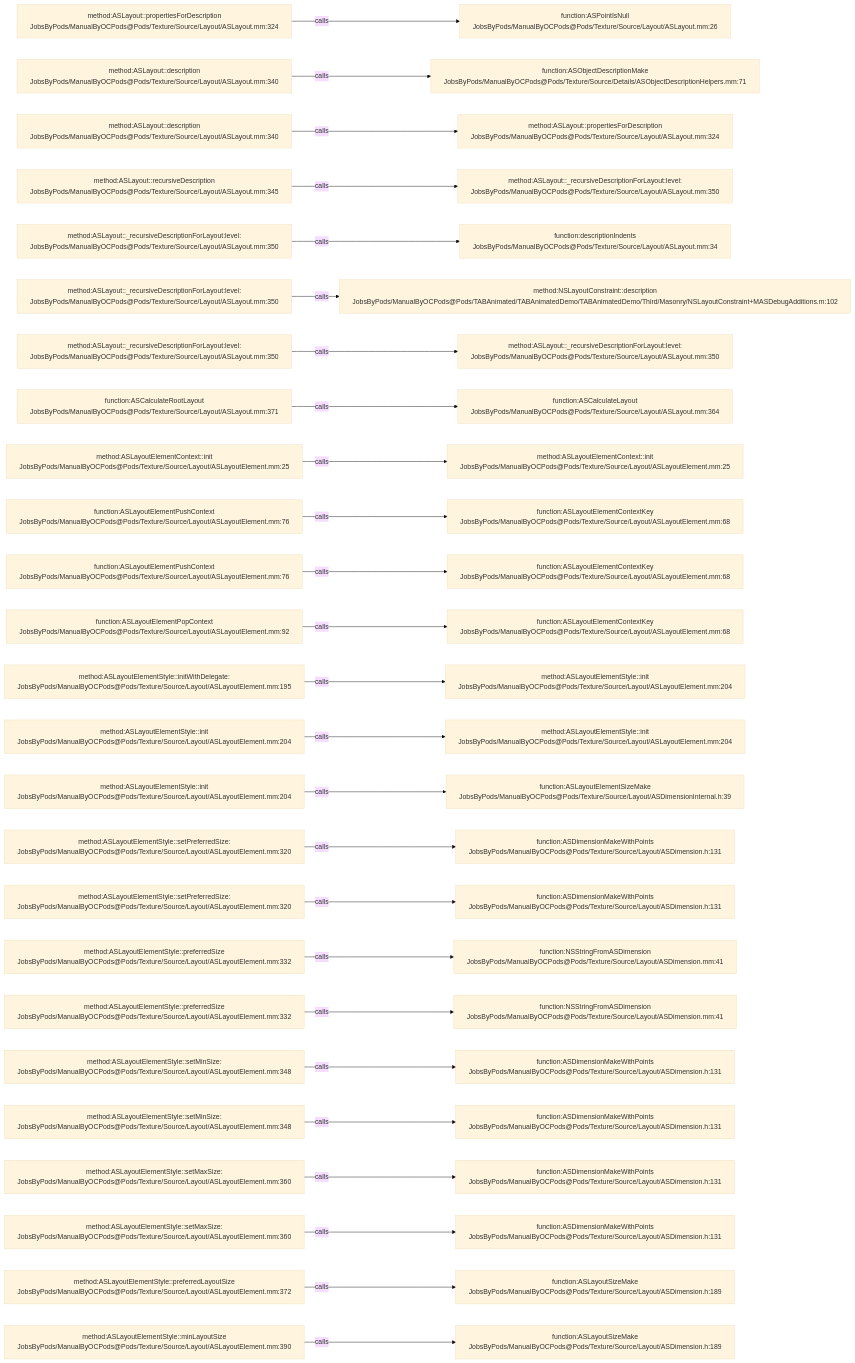
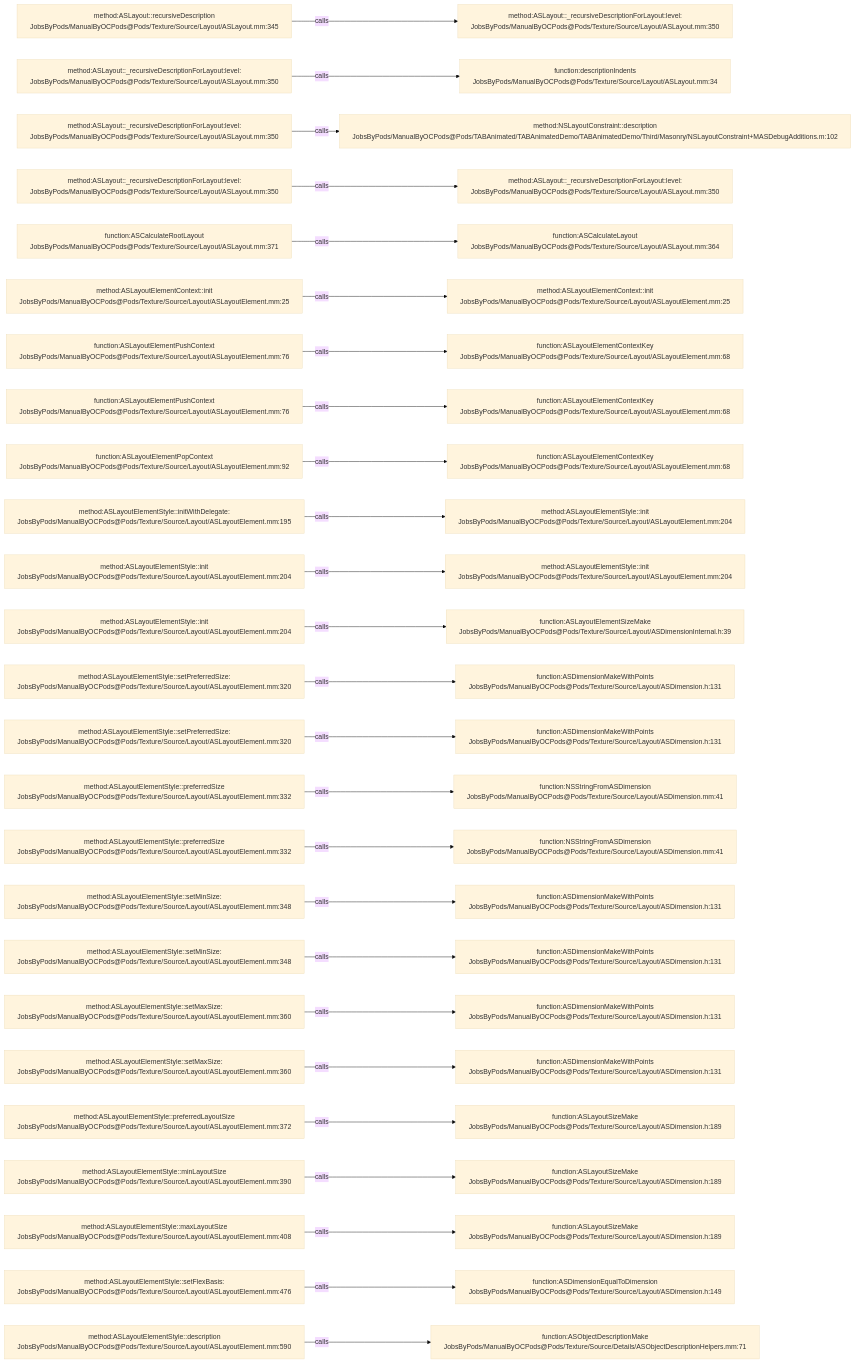
Before and after one commit to JobsKits/JobsOCBaseConfigDemo: the diagram in .codegraph/codegraph.md/graphs/calls-181.md, drawn with Mermaid (base theme). The commit also changed 342 other files, not shown here.

````diff
--- a/.codegraph/codegraph.md/graphs/calls-181.md
+++ b/.codegraph/codegraph.md/graphs/calls-181.md
@@ -13,78 +13,78 @@
 ```mermaid
 flowchart LR
-  S1["method:ASLayout::propertiesForDescription<br/>JobsByPods/ManualByOCPods@Pods/Texture/Source/Layout/ASLayout.mm:324"]
-  T1["function:ASPointIsNull<br/>JobsByPods/ManualByOCPods@Pods/Texture/Source/Layout/ASLayout.mm:26"]
+  S1["method:ASLayout::recursiveDescription<br/>JobsByPods/ManualByOCPods@Pods/Texture/Source/Layout/ASLayout.mm:345"]
+  T1["method:ASLayout::_recursiveDescriptionForLayout:level:<br/>JobsByPods/ManualByOCPods@Pods/Texture/Source/Layout/ASLayout.mm:350"]
   S1 -->|calls| T1
-  S2["method:ASLayout::description<br/>JobsByPods/ManualByOCPods@Pods/Texture/Source/Layout/ASLayout.mm:340"]
-  T2["function:ASObjectDescriptionMake<br/>JobsByPods/ManualByOCPods@Pods/Texture/Source/Details/ASObjectDescriptionHelpers.mm:71"]
+  S2["method:ASLayout::_recursiveDescriptionForLayout:level:<br/>JobsByPods/ManualByOCPods@Pods/Texture/Source/Layout/ASLayout.mm:350"]
+  T2["function:descriptionIndents<br/>JobsByPods/ManualByOCPods@Pods/Texture/Source/Layout/ASLayout.mm:34"]
   S2 -->|calls| T2
-  S3["method:ASLayout::description<br/>JobsByPods/ManualByOCPods@Pods/Texture/Source/Layout/ASLayout.mm:340"]
-  T3["method:ASLayout::propertiesForDescription<br/>JobsByPods/ManualByOCPods@Pods/Texture/Source/Layout/ASLayout.mm:324"]
+  S3["method:ASLayout::_recursiveDescriptionForLayout:level:<br/>JobsByPods/ManualByOCPods@Pods/Texture/Source/Layout/ASLayout.mm:350"]
+  T3["method:NSLayoutConstraint::description<br/>JobsByPods/ManualByOCPods@Pods/TABAnimated/TABAnimatedDemo/TABAnimatedDemo/Third/Masonry/NSLayoutConstraint+MASDebugAdditions.m:102"]
   S3 -->|calls| T3
-  S4["method:ASLayout::recursiveDescription<br/>JobsByPods/ManualByOCPods@Pods/Texture/Source/Layout/ASLayout.mm:345"]
+  S4["method:ASLayout::_recursiveDescriptionForLayout:level:<br/>JobsByPods/ManualByOCPods@Pods/Texture/Source/Layout/ASLayout.mm:350"]
   T4["method:ASLayout::_recursiveDescriptionForLayout:level:<br/>JobsByPods/ManualByOCPods@Pods/Texture/Source/Layout/ASLayout.mm:350"]
   S4 -->|calls| T4
-  S5["method:ASLayout::_recursiveDescriptionForLayout:level:<br/>JobsByPods/ManualByOCPods@Pods/Texture/Source/Layout/ASLayout.mm:350"]
-  T5["function:descriptionIndents<br/>JobsByPods/ManualByOCPods@Pods/Texture/Source/Layout/ASLayout.mm:34"]
+  S5["function:ASCalculateRootLayout<br/>JobsByPods/ManualByOCPods@Pods/Texture/Source/Layout/ASLayout.mm:371"]
+  T5["function:ASCalculateLayout<br/>JobsByPods/ManualByOCPods@Pods/Texture/Source/Layout/ASLayout.mm:364"]
   S5 -->|calls| T5
-  S6["method:ASLayout::_recursiveDescriptionForLayout:level:<br/>JobsByPods/ManualByOCPods@Pods/Texture/Source/Layout/ASLayout.mm:350"]
-  T6["method:NSLayoutConstraint::description<br/>JobsByPods/ManualByOCPods@Pods/TABAnimated/TABAnimatedDemo/TABAnimatedDemo/Third/Masonry/NSLayoutConstraint+MASDebugAdditions.m:102"]
+  S6["method:ASLayoutElementContext::init<br/>JobsByPods/ManualByOCPods@Pods/Texture/Source/Layout/ASLayoutElement.mm:25"]
+  T6["method:ASLayoutElementContext::init<br/>JobsByPods/ManualByOCPods@Pods/Texture/Source/Layout/ASLayoutElement.mm:25"]
   S6 -->|calls| T6
-  S7["method:ASLayout::_recursiveDescriptionForLayout:level:<br/>JobsByPods/ManualByOCPods@Pods/Texture/Source/Layout/ASLayout.mm:350"]
-  T7["method:ASLayout::_recursiveDescriptionForLayout:level:<br/>JobsByPods/ManualByOCPods@Pods/Texture/Source/Layout/ASLayout.mm:350"]
+  S7["function:ASLayoutElementPushContext<br/>JobsByPods/ManualByOCPods@Pods/Texture/Source/Layout/ASLayoutElement.mm:76"]
+  T7["function:ASLayoutElementContextKey<br/>JobsByPods/ManualByOCPods@Pods/Texture/Source/Layout/ASLayoutElement.mm:68"]
   S7 -->|calls| T7
-  S8["function:ASCalculateRootLayout<br/>JobsByPods/ManualByOCPods@Pods/Texture/Source/Layout/ASLayout.mm:371"]
-  T8["function:ASCalculateLayout<br/>JobsByPods/ManualByOCPods@Pods/Texture/Source/Layout/ASLayout.mm:364"]
+  S8["function:ASLayoutElementPushContext<br/>JobsByPods/ManualByOCPods@Pods/Texture/Source/Layout/ASLayoutElement.mm:76"]
+  T8["function:ASLayoutElementContextKey<br/>JobsByPods/ManualByOCPods@Pods/Texture/Source/Layout/ASLayoutElement.mm:68"]
   S8 -->|calls| T8
-  S9["method:ASLayoutElementContext::init<br/>JobsByPods/ManualByOCPods@Pods/Texture/Source/Layout/ASLayoutElement.mm:25"]
-  T9["method:ASLayoutElementContext::init<br/>JobsByPods/ManualByOCPods@Pods/Texture/Source/Layout/ASLayoutElement.mm:25"]
+  S9["function:ASLayoutElementPopContext<br/>JobsByPods/ManualByOCPods@Pods/Texture/Source/Layout/ASLayoutElement.mm:92"]
+  T9["function:ASLayoutElementContextKey<br/>JobsByPods/ManualByOCPods@Pods/Texture/Source/Layout/ASLayoutElement.mm:68"]
   S9 -->|calls| T9
-  S10["function:ASLayoutElementPushContext<br/>JobsByPods/ManualByOCPods@Pods/Texture/Source/Layout/ASLayoutElement.mm:76"]
-  T10["function:ASLayoutElementContextKey<br/>JobsByPods/ManualByOCPods@Pods/Texture/Source/Layout/ASLayoutElement.mm:68"]
+  S10["method:ASLayoutElementStyle::initWithDelegate:<br/>JobsByPods/ManualByOCPods@Pods/Texture/Source/Layout/ASLayoutElement.mm:195"]
+  T10["method:ASLayoutElementStyle::init<br/>JobsByPods/ManualByOCPods@Pods/Texture/Source/Layout/ASLayoutElement.mm:204"]
   S10 -->|calls| T10
-  S11["function:ASLayoutElementPushContext<br/>JobsByPods/ManualByOCPods@Pods/Texture/Source/Layout/ASLayoutElement.mm:76"]
-  T11["function:ASLayoutElementContextKey<br/>JobsByPods/ManualByOCPods@Pods/Texture/Source/Layout/ASLayoutElement.mm:68"]
+  S11["method:ASLayoutElementStyle::init<br/>JobsByPods/ManualByOCPods@Pods/Texture/Source/Layout/ASLayoutElement.mm:204"]
+  T11["method:ASLayoutElementStyle::init<br/>JobsByPods/ManualByOCPods@Pods/Texture/Source/Layout/ASLayoutElement.mm:204"]
   S11 -->|calls| T11
-  S12["function:ASLayoutElementPopContext<br/>JobsByPods/ManualByOCPods@Pods/Texture/Source/Layout/ASLayoutElement.mm:92"]
-  T12["function:ASLayoutElementContextKey<br/>JobsByPods/ManualByOCPods@Pods/Texture/Source/Layout/ASLayoutElement.mm:68"]
+  S12["method:ASLayoutElementStyle::init<br/>JobsByPods/ManualByOCPods@Pods/Texture/Source/Layout/ASLayoutElement.mm:204"]
+  T12["function:ASLayoutElementSizeMake<br/>JobsByPods/ManualByOCPods@Pods/Texture/Source/Layout/ASDimensionInternal.h:39"]
   S12 -->|calls| T12
-  S13["method:ASLayoutElementStyle::initWithDelegate:<br/>JobsByPods/ManualByOCPods@Pods/Texture/Source/Layout/ASLayoutElement.mm:195"]
-  T13["method:ASLayoutElementStyle::init<br/>JobsByPods/ManualByOCPods@Pods/Texture/Source/Layout/ASLayoutElement.mm:204"]
+  S13["method:ASLayoutElementStyle::setPreferredSize:<br/>JobsByPods/ManualByOCPods@Pods/Texture/Source/Layout/ASLayoutElement.mm:320"]
+  T13["function:ASDimensionMakeWithPoints<br/>JobsByPods/ManualByOCPods@Pods/Texture/Source/Layout/ASDimension.h:131"]
   S13 -->|calls| T13
-  S14["method:ASLayoutElementStyle::init<br/>JobsByPods/ManualByOCPods@Pods/Texture/Source/Layout/ASLayoutElement.mm:204"]
-  T14["method:ASLayoutElementStyle::init<br/>JobsByPods/ManualByOCPods@Pods/Texture/Source/Layout/ASLayoutElement.mm:204"]
+  S14["method:ASLayoutElementStyle::setPreferredSize:<br/>JobsByPods/ManualByOCPods@Pods/Texture/Source/Layout/ASLayoutElement.mm:320"]
+  T14["function:ASDimensionMakeWithPoints<br/>JobsByPods/ManualByOCPods@Pods/Texture/Source/Layout/ASDimension.h:131"]
   S14 -->|calls| T14
-  S15["method:ASLayoutElementStyle::init<br/>JobsByPods/ManualByOCPods@Pods/Texture/Source/Layout/ASLayoutElement.mm:204"]
-  T15["function:ASLayoutElementSizeMake<br/>JobsByPods/ManualByOCPods@Pods/Texture/Source/Layout/ASDimensionInternal.h:39"]
+  S15["method:ASLayoutElementStyle::preferredSize<br/>JobsByPods/ManualByOCPods@Pods/Texture/Source/Layout/ASLayoutElement.mm:332"]
+  T15["function:NSStringFromASDimension<br/>JobsByPods/ManualByOCPods@Pods/Texture/Source/Layout/ASDimension.mm:41"]
   S15 -->|calls| T15
-  S16["method:ASLayoutElementStyle::setPreferredSize:<br/>JobsByPods/ManualByOCPods@Pods/Texture/Source/Layout/ASLayoutElement.mm:320"]
-  T16["function:ASDimensionMakeWithPoints<br/>JobsByPods/ManualByOCPods@Pods/Texture/Source/Layout/ASDimension.h:131"]
+  S16["method:ASLayoutElementStyle::preferredSize<br/>JobsByPods/ManualByOCPods@Pods/Texture/Source/Layout/ASLayoutElement.mm:332"]
+  T16["function:NSStringFromASDimension<br/>JobsByPods/ManualByOCPods@Pods/Texture/Source/Layout/ASDimension.mm:41"]
   S16 -->|calls| T16
-  S17["method:ASLayoutElementStyle::setPreferredSize:<br/>JobsByPods/ManualByOCPods@Pods/Texture/Source/Layout/ASLayoutElement.mm:320"]
+  S17["method:ASLayoutElementStyle::setMinSize:<br/>JobsByPods/ManualByOCPods@Pods/Texture/Source/Layout/ASLayoutElement.mm:348"]
   T17["function:ASDimensionMakeWithPoints<br/>JobsByPods/ManualByOCPods@Pods/Texture/Source/Layout/ASDimension.h:131"]
   S17 -->|calls| T17
-  S18["method:ASLayoutElementStyle::preferredSize<br/>JobsByPods/ManualByOCPods@Pods/Texture/Source/Layout/ASLayoutElement.mm:332"]
-  T18["function:NSStringFromASDimension<br/>JobsByPods/ManualByOCPods@Pods/Texture/Source/Layout/ASDimension.mm:41"]
+  S18["method:ASLayoutElementStyle::setMinSize:<br/>JobsByPods/ManualByOCPods@Pods/Texture/Source/Layout/ASLayoutElement.mm:348"]
+  T18["function:ASDimensionMakeWithPoints<br/>JobsByPods/ManualByOCPods@Pods/Texture/Source/Layout/ASDimension.h:131"]
   S18 -->|calls| T18
-  S19["method:ASLayoutElementStyle::preferredSize<br/>JobsByPods/ManualByOCPods@Pods/Texture/Source/Layout/ASLayoutElement.mm:332"]
-  T19["function:NSStringFromASDimension<br/>JobsByPods/ManualByOCPods@Pods/Texture/Source/Layout/ASDimension.mm:41"]
+  S19["method:ASLayoutElementStyle::setMaxSize:<br/>JobsByPods/ManualByOCPods@Pods/Texture/Source/Layout/ASLayoutElement.mm:360"]
+  T19["function:ASDimensionMakeWithPoints<br/>JobsByPods/ManualByOCPods@Pods/Texture/Source/Layout/ASDimension.h:131"]
   S19 -->|calls| T19
-  S20["method:ASLayoutElementStyle::setMinSize:<br/>JobsByPods/ManualByOCPods@Pods/Texture/Source/Layout/ASLayoutElement.mm:348"]
+  S20["method:ASLayoutElementStyle::setMaxSize:<br/>JobsByPods/ManualByOCPods@Pods/Texture/Source/Layout/ASLayoutElement.mm:360"]
   T20["function:ASDimensionMakeWithPoints<br/>JobsByPods/ManualByOCPods@Pods/Texture/Source/Layout/ASDimension.h:131"]
   S20 -->|calls| T20
-  S21["method:ASLayoutElementStyle::setMinSize:<br/>JobsByPods/ManualByOCPods@Pods/Texture/Source/Layout/ASLayoutElement.mm:348"]
-  T21["function:ASDimensionMakeWithPoints<br/>JobsByPods/ManualByOCPods@Pods/Texture/Source/Layout/ASDimension.h:131"]
+  S21["method:ASLayoutElementStyle::preferredLayoutSize<br/>JobsByPods/ManualByOCPods@Pods/Texture/Source/Layout/ASLayoutElement.mm:372"]
+  T21["function:ASLayoutSizeMake<br/>JobsByPods/ManualByOCPods@Pods/Texture/Source/Layout/ASDimension.h:189"]
   S21 -->|calls| T21
-  S22["method:ASLayoutElementStyle::setMaxSize:<br/>JobsByPods/ManualByOCPods@Pods/Texture/Source/Layout/ASLayoutElement.mm:360"]
-  T22["function:ASDimensionMakeWithPoints<br/>JobsByPods/ManualByOCPods@Pods/Texture/Source/Layout/ASDimension.h:131"]
+  S22["method:ASLayoutElementStyle::minLayoutSize<br/>JobsByPods/ManualByOCPods@Pods/Texture/Source/Layout/ASLayoutElement.mm:390"]
+  T22["function:ASLayoutSizeMake<br/>JobsByPods/ManualByOCPods@Pods/Texture/Source/Layout/ASDimension.h:189"]
   S22 -->|calls| T22
-  S23["method:ASLayoutElementStyle::setMaxSize:<br/>JobsByPods/ManualByOCPods@Pods/Texture/Source/Layout/ASLayoutElement.mm:360"]
-  T23["function:ASDimensionMakeWithPoints<br/>JobsByPods/ManualByOCPods@Pods/Texture/Source/Layout/ASDimension.h:131"]
+  S23["method:ASLayoutElementStyle::maxLayoutSize<br/>JobsByPods/ManualByOCPods@Pods/Texture/Source/Layout/ASLayoutElement.mm:408"]
+  T23["function:ASLayoutSizeMake<br/>JobsByPods/ManualByOCPods@Pods/Texture/Source/Layout/ASDimension.h:189"]
   S23 -->|calls| T23
-  S24["method:ASLayoutElementStyle::preferredLayoutSize<br/>JobsByPods/ManualByOCPods@Pods/Texture/Source/Layout/ASLayoutElement.mm:372"]
-  T24["function:ASLayoutSizeMake<br/>JobsByPods/ManualByOCPods@Pods/Texture/Source/Layout/ASDimension.h:189"]
+  S24["method:ASLayoutElementStyle::setFlexBasis:<br/>JobsByPods/ManualByOCPods@Pods/Texture/Source/Layout/ASLayoutElement.mm:476"]
+  T24["function:ASDimensionEqualToDimension<br/>JobsByPods/ManualByOCPods@Pods/Texture/Source/Layout/ASDimension.h:149"]
   S24 -->|calls| T24
-  S25["method:ASLayoutElementStyle::minLayoutSize<br/>JobsByPods/ManualByOCPods@Pods/Texture/Source/Layout/ASLayoutElement.mm:390"]
-  T25["function:ASLayoutSizeMake<br/>JobsByPods/ManualByOCPods@Pods/Texture/Source/Layout/ASDimension.h:189"]
+  S25["method:ASLayoutElementStyle::description<br/>JobsByPods/ManualByOCPods@Pods/Texture/Source/Layout/ASLayoutElement.mm:590"]
+  T25["function:ASObjectDescriptionMake<br/>JobsByPods/ManualByOCPods@Pods/Texture/Source/Details/ASObjectDescriptionHelpers.mm:71"]
   S25 -->|calls| T25
 ```
````
